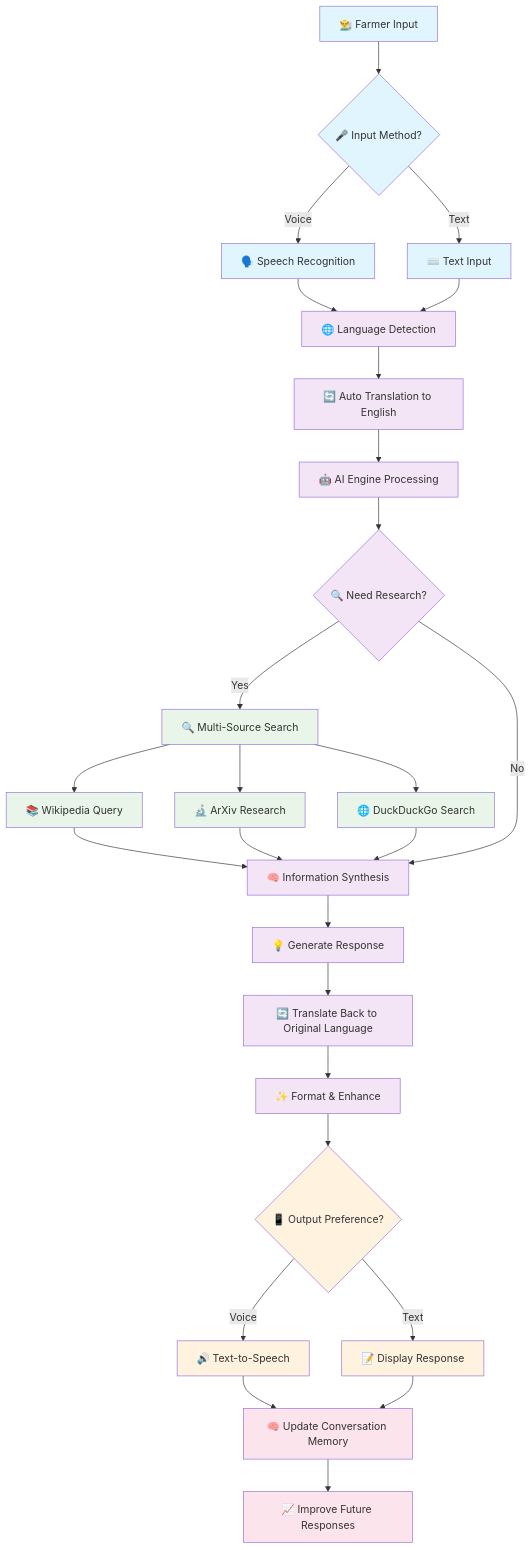
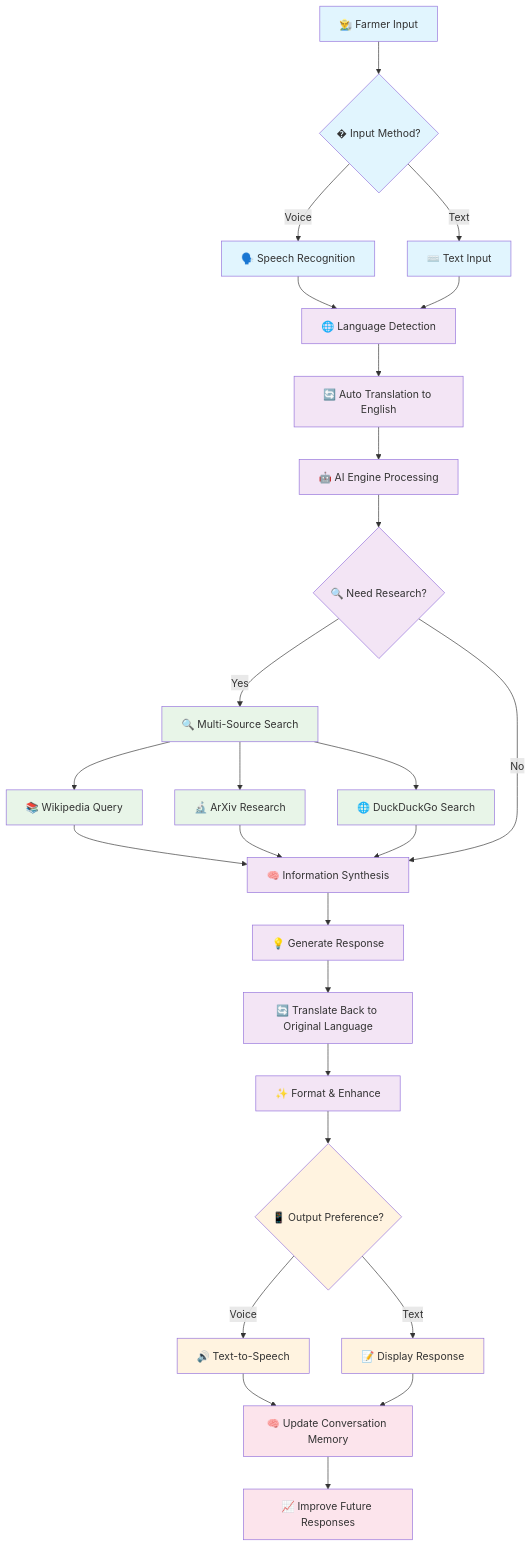
Before and after one commit to Rafi-uzzaman/RootSource: the first of 4 diagrams in README.md, drawn with Mermaid. The commit also changed other lines of this file, not shown here.

````diff
--- a/README.md
+++ b/README.md
@@ -45,57 +45,57 @@
 ```mermaid
 graph TD
-    A[👨‍🌾 Farmer Input] --> B{🎤 Input Method?}
+    A[👨‍🌾 Farmer Input] --> B{�️ Input Method?}
     
     %% Input Methods
     B -->|Voice| C[🗣️ Speech Recognition]
     B -->|Text| D[⌨️ Text Input]
     
     %% Language Processing
     C --> E[🌐 Language Detection]
     D --> E
     E --> F[🔄 Auto Translation to English]
     
     %% AI Processing
     F --> G[🤖 AI Engine Processing]
     G --> H{🔍 Need Research?}
     
     %% Research Branch
     H -->|Yes| I[🔍 Multi-Source Search]
     I --> J[📚 Wikipedia Query]
     I --> K[🔬 ArXiv Research]
     I --> L[🌐 DuckDuckGo Search]
     
     %% Data Integration
     J --> M[🧠 Information Synthesis]
     K --> M
     L --> M
     H -->|No| M
     
     %% Response Generation
     M --> N[💡 Generate Response]
     N --> O[🔄 Translate Back to Original Language]
     O --> P[✨ Format & Enhance]
     
     %% Output Methods
     P --> Q{📱 Output Preference?}
     Q -->|Voice| R[🔊 Text-to-Speech]
     Q -->|Text| S[📝 Display Response]
     
     %% Memory & Learning
     R --> T[🧠 Update Conversation Memory]
     S --> T
     T --> U[📈 Improve Future Responses]
     
     %% Styling for better visualization
     classDef userInput fill:#e1f5fe
     classDef processing fill:#f3e5f5
     classDef research fill:#e8f5e8
     classDef output fill:#fff3e0
     classDef memory fill:#fce4ec
     
     class A,B,C,D userInput
     class E,F,G,H,M,N,O,P processing
     class I,J,K,L research
     class Q,R,S output
     class T,U memory
 ```
````
